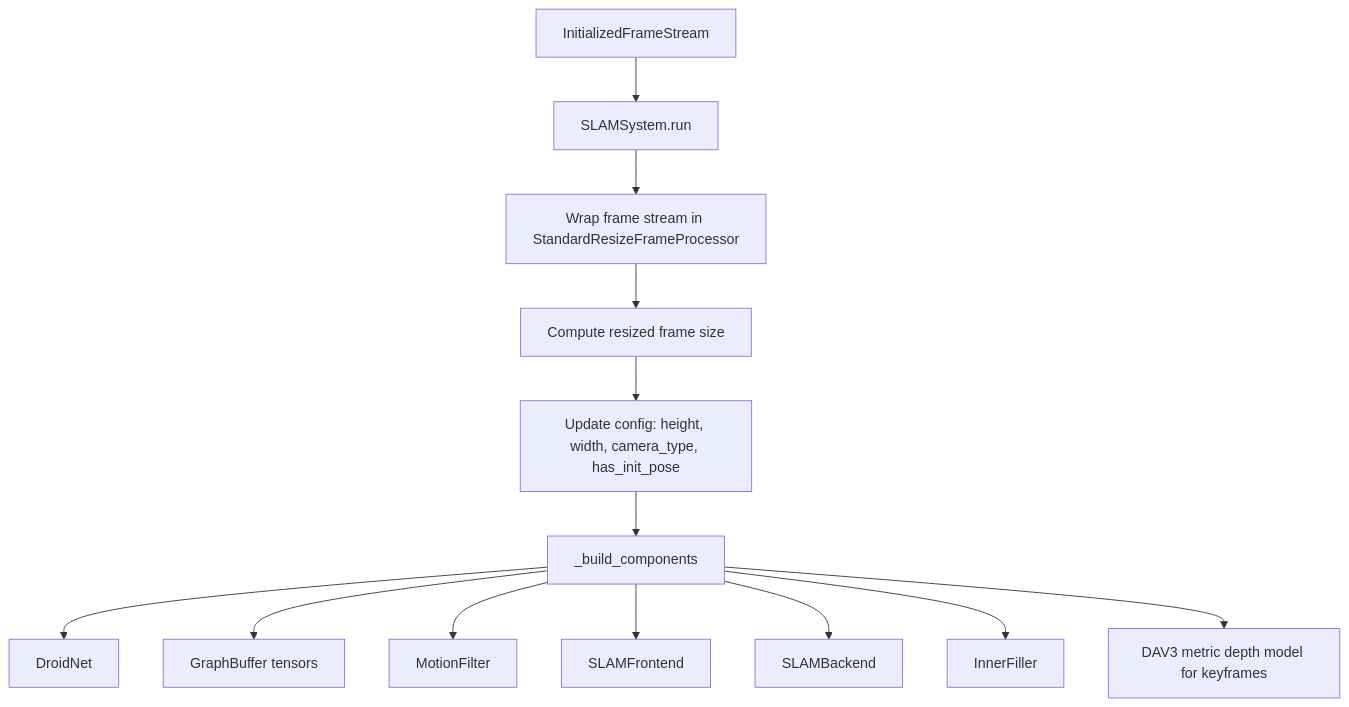
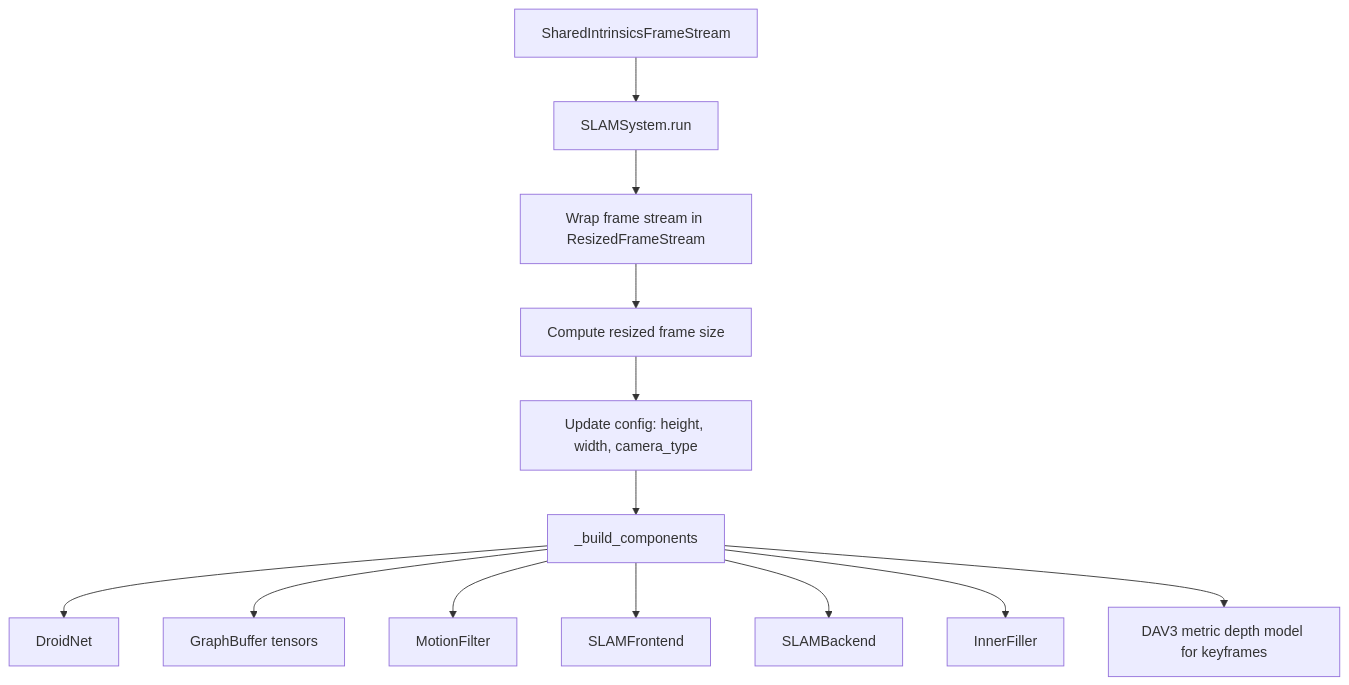
Before and after one commit to sadanand1120/vipe: the sixth of 12 diagrams in fullexplain.md, drawn with Mermaid. The commit also changed other lines of this file and 44 other files, not shown here.

````diff
--- a/fullexplain.md
+++ b/fullexplain.md
@@ -515,15 +477,15 @@
 ```mermaid
 flowchart TD
-    A[InitializedFrameStream] --> B[SLAMSystem.run]
-    B --> C[Wrap frame stream in StandardResizeFrameProcessor]
+    A[SharedIntrinsicsFrameStream] --> B[SLAMSystem.run]
+    B --> C[Wrap frame stream in ResizedFrameStream]
     C --> D[Compute resized frame size]
-    D --> E[Update config: height, width, camera_type, has_init_pose]
+    D --> E[Update config: height, width, camera_type]
     E --> F[_build_components]
     F --> F1[DroidNet]
     F --> F2[GraphBuffer tensors]
     F --> F3[MotionFilter]
     F --> F4[SLAMFrontend]
     F --> F5[SLAMBackend]
     F --> F6[InnerFiller]
     F --> F7[DAV3 metric depth model for keyframes]
 ```
````
